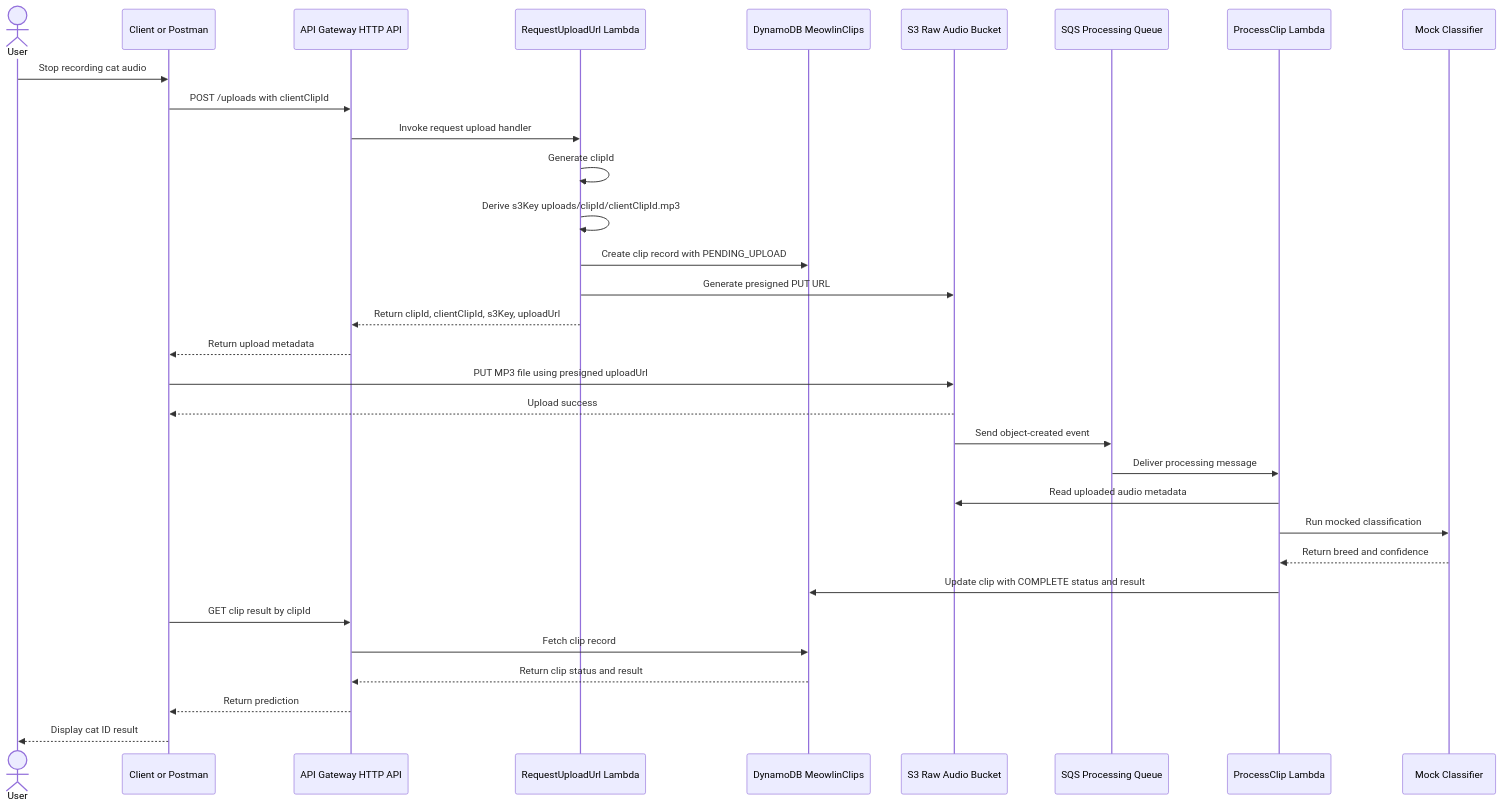
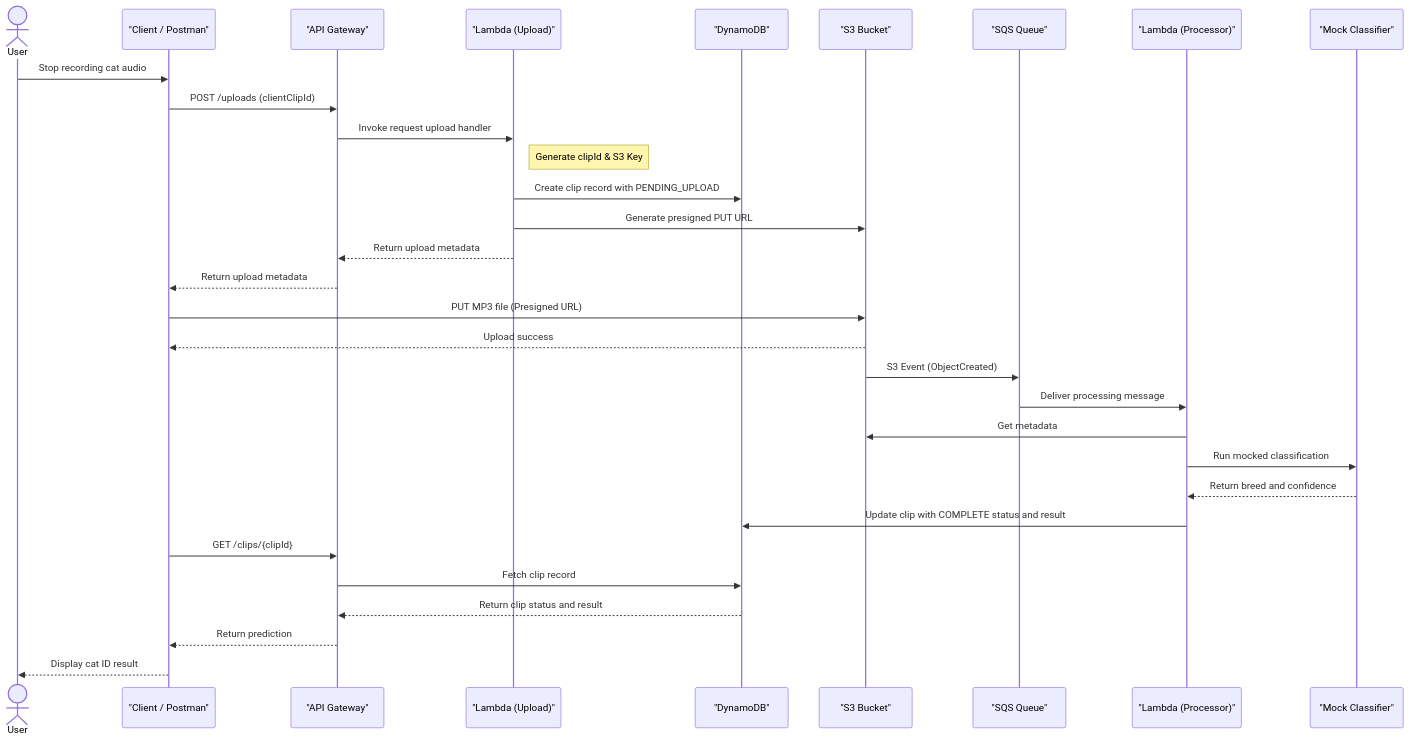
One commit to jtasse/meowlin changed the diagram in ARCHITECTURE.md. Above: the diagram before and after it, drawn with Mermaid. The commit also changed 1 other file, not shown here.

Commit message:
fix: sequence diagram issue

````diff
--- a/ARCHITECTURE.md
+++ b/ARCHITECTURE.md
@@ -268,42 +268,41 @@
 ```mermaid
 sequenceDiagram
     actor User
-    participant Client as Client or Postman
-    participant API as API Gateway HTTP API
-    participant Upload as RequestUploadUrl Lambda
-    participant DB as DynamoDB MeowlinClips
-    participant S3 as S3 Raw Audio Bucket
-    participant Queue as SQS Processing Queue
-    participant Processor as ProcessClip Lambda
-    participant Classifier as Mock Classifier
+    participant Client as "Client / Postman"
+    participant API as "API Gateway"
+    participant Upload as "Lambda (Upload)"
+    participant DB as "DynamoDB"
+    participant S3 as "S3 Bucket"
+    participant Queue as "SQS Queue"
+    participant Processor as "Lambda (Processor)"
+    participant Classifier as "Mock Classifier"
 
     User->>Client: Stop recording cat audio
-    Client->>API: POST /uploads with clientClipId
+    Client->>API: POST /uploads (clientClipId)
     API->>Upload: Invoke request upload handler
 
-    Upload->>Upload: Generate clipId
-    Upload->>Upload: Derive s3Key uploads/clipId/clientClipId.mp3
+    Note right of Upload: Generate clipId & S3 Key
     Upload->>DB: Create clip record with PENDING_UPLOAD
     Upload->>S3: Generate presigned PUT URL
 
-    Upload-->>API: Return clipId, clientClipId, s3Key, uploadUrl
+    Upload-->>API: Return upload metadata
     API-->>Client: Return upload metadata
 
-    Client->>S3: PUT MP3 file using presigned uploadUrl
+    Client->>S3: PUT MP3 file (Presigned URL)
     S3-->>Client: Upload success
 
-    S3->>Queue: Send object-created event
+    S3->>Queue: S3 Event (ObjectCreated)
     Queue->>Processor: Deliver processing message
 
-    Processor->>S3: Read uploaded audio metadata
+    Processor->>S3: Get metadata
     Processor->>Classifier: Run mocked classification
     Classifier-->>Processor: Return breed and confidence
 
     Processor->>DB: Update clip with COMPLETE status and result
 
-    Client->>API: GET clip result by clipId
+    Client->>API: GET /clips/{clipId}
     API->>DB: Fetch clip record
     DB-->>API: Return clip status and result
     API-->>Client: Return prediction
     Client-->>User: Display cat ID result
 ```
````
